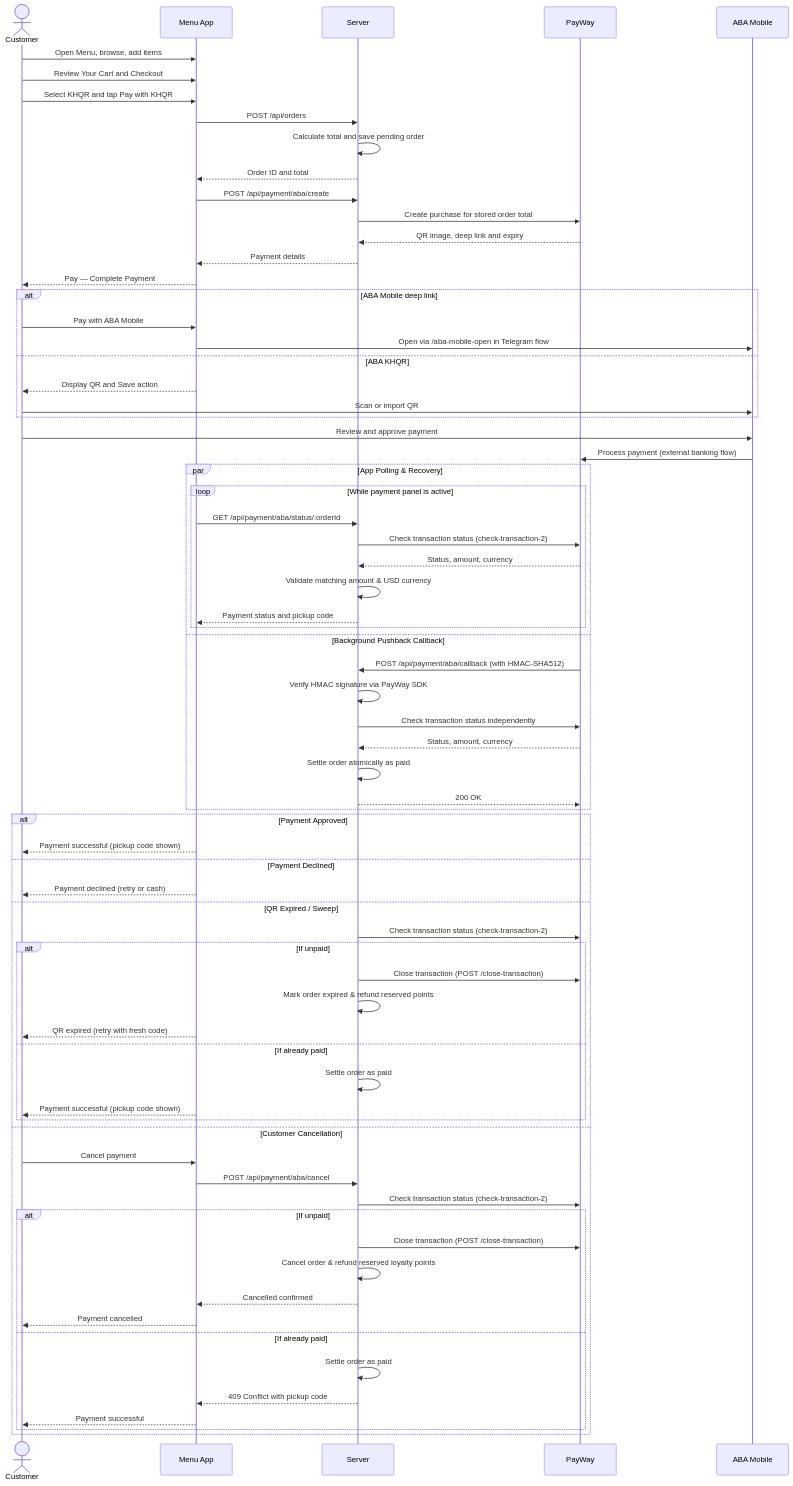
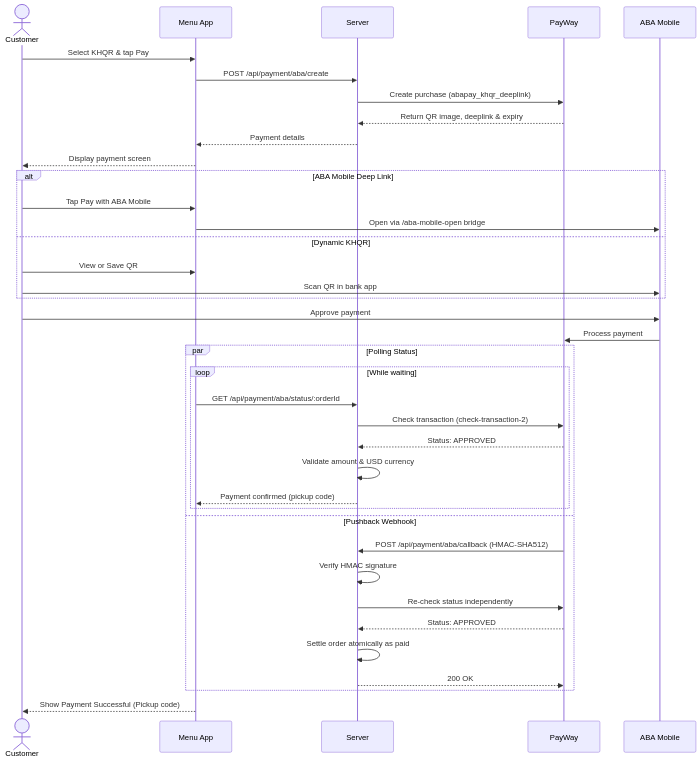
Before and after one commit to rithsila/Ai-cha-zhengda-menu: the second of 3 diagrams in docs/UI Flow/ABA_PAYWAY_PROPOSED_FLOW.md, drawn with Mermaid. The commit also changed other lines of this file and 2 other files, not shown here.

Commit message:
docs(payway): update and clean up ABA PayWay UI flow review document

````diff
--- a/docs/UI Flow/ABA_PAYWAY_PROPOSED_FLOW.md
+++ b/docs/UI Flow/ABA_PAYWAY_PROPOSED_FLOW.md
@@ -37,73 +46,41 @@
 ```mermaid
 sequenceDiagram
     actor C as Customer
     participant M as Menu App
     participant S as Server
     participant P as PayWay
     participant A as ABA Mobile
-    C->>M: Open Menu, browse, add items
-    C->>M: Review Your Cart and Checkout
-    C->>M: Select KHQR and tap Pay with KHQR
-    M->>S: POST /api/orders
-    S->>S: Calculate total and save pending order
-    S-->>M: Order ID and total
+
+    C->>M: Select KHQR & tap Pay
     M->>S: POST /api/payment/aba/create
-    S->>P: Create purchase for stored order total
-    P-->>S: QR image, deep link and expiry
+    S->>P: Create purchase (abapay_khqr_deeplink)
+    P-->>S: Return QR image, deeplink & expiry
     S-->>M: Payment details
-    M-->>C: Pay — Complete Payment
-    alt ABA Mobile deep link
-        C->>M: Pay with ABA Mobile
-        M->>A: Open via /aba-mobile-open in Telegram flow
-    else ABA KHQR
-        M-->>C: Display QR and Save action
-        C->>A: Scan or import QR
+    M-->>C: Display payment screen
+    alt ABA Mobile Deep Link
+        C->>M: Tap Pay with ABA Mobile
+        M->>A: Open via /aba-mobile-open bridge
+    else Dynamic KHQR
+        C->>M: View or Save QR
+        C->>A: Scan QR in bank app
     end
-    C->>A: Review and approve payment
-    A->>P: Process payment (external banking flow)
-    par App Polling & Recovery
-        loop While payment panel is active
+    C->>A: Approve payment
+    A->>P: Process payment
+    par Polling Status
+        loop While waiting
             M->>S: GET /api/payment/aba/status/:orderId
-            S->>P: Check transaction status (check-transaction-2)
-            P-->>S: Status, amount, currency
-            S->>S: Validate matching amount & USD currency
-            S-->>M: Payment status and pickup code
+            S->>P: Check transaction (check-transaction-2)
+            P-->>S: Status: APPROVED
+            S->>S: Validate amount & USD currency
+            S-->>M: Payment confirmed (pickup code)
         end
-    and Background Pushback Callback
-        P->>S: POST /api/payment/aba/callback (with HMAC-SHA512)
-        S->>S: Verify HMAC signature via PayWay SDK
-        S->>P: Check transaction status independently
-        P-->>S: Status, amount, currency
+    and Pushback Webhook
+        P->>S: POST /api/payment/aba/callback (HMAC-SHA512)
+        S->>S: Verify HMAC signature
+        S->>P: Re-check status independently
+        P-->>S: Status: APPROVED
         S->>S: Settle order atomically as paid
         S-->>P: 200 OK
     end
-    alt Payment Approved
-        M-->>C: Payment successful (pickup code shown)
-    else Payment Declined
-        M-->>C: Payment declined (retry or cash)
-    else QR Expired / Sweep
-        S->>P: Check transaction status (check-transaction-2)
-        alt If unpaid
-            S->>P: Close transaction (POST /close-transaction)
-            S->>S: Mark order expired & refund reserved points
-            M-->>C: QR expired (retry with fresh code)
-        else If already paid
-            S->>S: Settle order as paid
-            M-->>C: Payment successful (pickup code shown)
-        end
-    else Customer Cancellation
-        C->>M: Cancel payment
-        M->>S: POST /api/payment/aba/cancel
-        S->>P: Check transaction status (check-transaction-2)
-        alt If unpaid
-            S->>P: Close transaction (POST /close-transaction)
-            S->>S: Cancel order & refund reserved loyalty points
-            S-->>M: Cancelled confirmed
-            M-->>C: Payment cancelled
-        else If already paid
-            S->>S: Settle order as paid
-            S-->>M: 409 Conflict with pickup code
-            M-->>C: Payment successful
-        end
-    end
+    M-->>C: Show Payment Successful (Pickup code)
 ```
````
